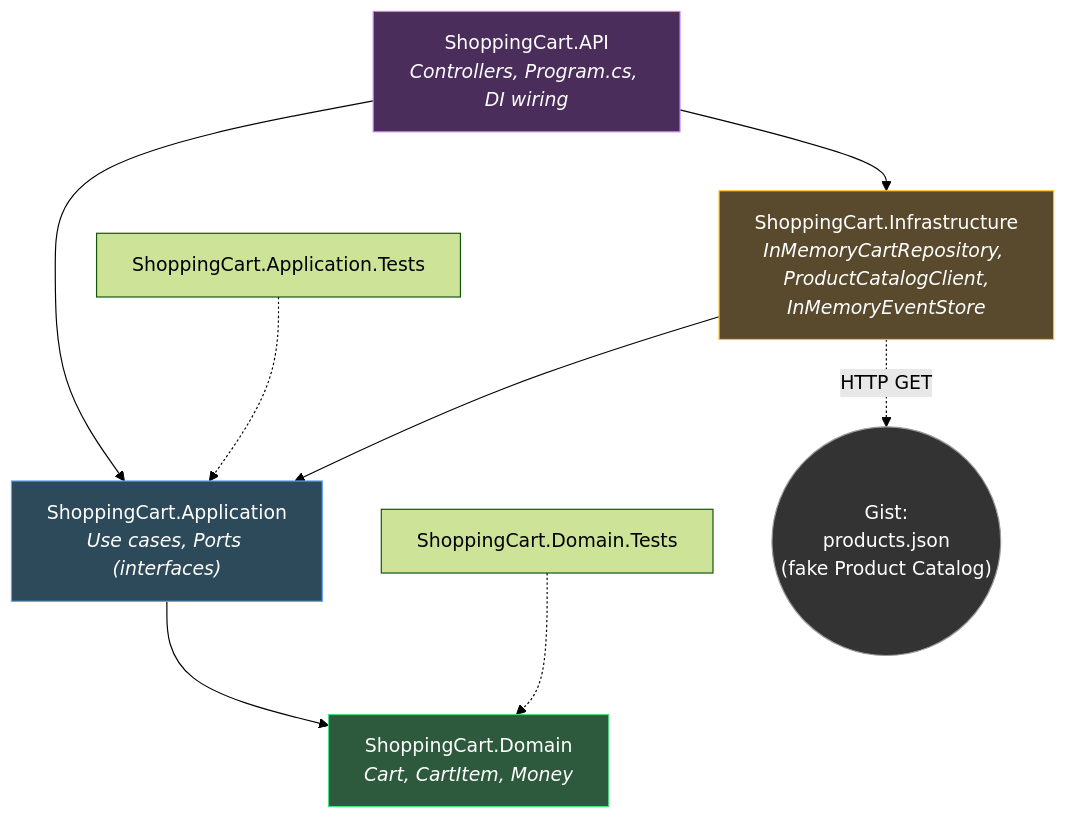
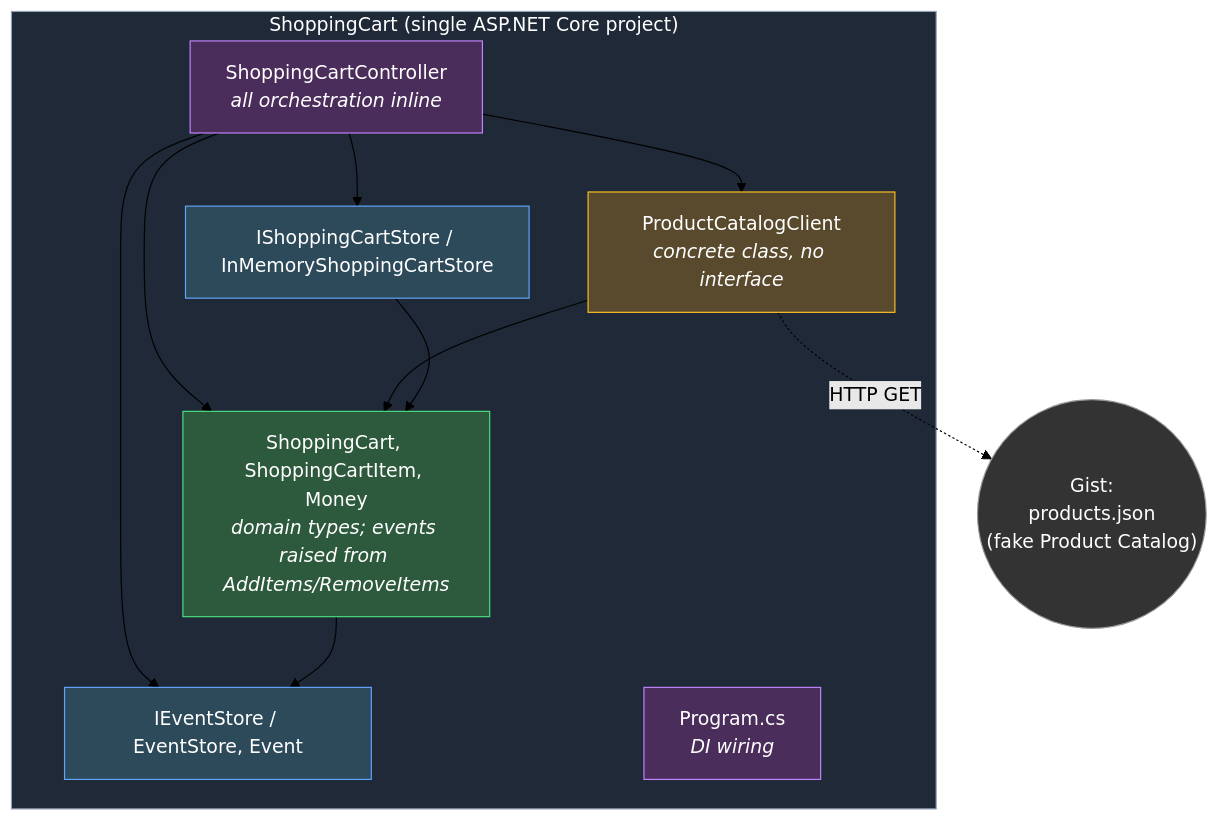
One commit to anit3k/diplom-storesys-shopping-cart changed the diagram in docs/package-diagram.md. Above: the diagram before and after it, drawn with Mermaid (forest theme). The commit also changed other lines of this file and 2 other files, not shown here.

Commit message:
Opdater README og diagrammer til flad struktur
Afspejler den flade single-project-struktur (bogens kap. 2) i dokumentationen:
- docs/package-diagram.md og docs/class-diagram.md omskrevet til ét projekt,
  domaeneklasse der selv udsender events, controller med inline-orkestrering
  og ProductCatalogClient uden interface.
- README.md: arkitekturafsnit, solution-struktur og run-kommando opdateret;
  ADR-tabellen rammesat som main-branchens (Clean Architecture) beslutninger.
- Tilfoejet AI-transparensafsnit i README om at refactoringen er lavet med
  Claude Code (Opus 4.8).

ADR-filerne er bevidst uaendrede - de dokumenterer main-branchens design og
udgoer "efter"-siden i foer/efter-sammenligningen.

````diff
--- a/docs/package-diagram.md
+++ b/docs/package-diagram.md
@@ -5,27 +13,31 @@
 ```mermaid
 graph TD
-    API["ShoppingCart.API<br/><i>Controllers, Program.cs, DI wiring</i>"]
-    Application["ShoppingCart.Application<br/><i>Use cases, Ports (interfaces)</i>"]
-    Domain["ShoppingCart.Domain<br/><i>Cart, CartItem, Money</i>"]
-    Infrastructure["ShoppingCart.Infrastructure<br/><i>InMemoryCartRepository, ProductCatalogClient,<br/>InMemoryEventStore</i>"]
+    subgraph Project["ShoppingCart (single ASP.NET Core project)"]
+        Controller["ShoppingCartController<br/><i>all orchestration inline</i>"]
+        Domain["ShoppingCart, ShoppingCartItem, Money<br/><i>domain types; events raised from AddItems/RemoveItems</i>"]
+        Store["IShoppingCartStore / InMemoryShoppingCartStore"]
+        Events["IEventStore / EventStore, Event"]
+        Catalog["ProductCatalogClient<br/><i>concrete class, no interface</i>"]
+        Program["Program.cs<br/><i>DI wiring</i>"]
 
-    API --> Application
-    API --> Infrastructure
-    Infrastructure --> Application
-    Application --> Domain
-
-    DomainTests["ShoppingCart.Domain.Tests"]
-    ApplicationTests["ShoppingCart.Application.Tests"]
-
-    DomainTests -.-> Domain
-    ApplicationTests -.-> Application
+        Controller --> Store
+        Controller --> Catalog
+        Controller --> Domain
+        Controller --> Events
+        Domain --> Events
+        Catalog --> Domain
+        Store --> Domain
+    end
 
     ExternalGist(("Gist:<br/>products.json<br/>(fake Product Catalog)"))
-    Infrastructure -.HTTP GET.-> ExternalGist
+    Catalog -.HTTP GET.-> ExternalGist
 
+    style Project fill:#1f2937,stroke:#94a3b8,color:#fff
     style Domain fill:#2d5a3d,stroke:#4ade80,color:#fff
-    style Application fill:#2d4a5a,stroke:#60a5fa,color:#fff
-    style Infrastructure fill:#5a4a2d,stroke:#fbbf24,color:#fff
-    style API fill:#4a2d5a,stroke:#c084fc,color:#fff
+    style Store fill:#2d4a5a,stroke:#60a5fa,color:#fff
+    style Events fill:#2d4a5a,stroke:#60a5fa,color:#fff
+    style Catalog fill:#5a4a2d,stroke:#fbbf24,color:#fff
+    style Controller fill:#4a2d5a,stroke:#c084fc,color:#fff
+    style Program fill:#4a2d5a,stroke:#c084fc,color:#fff
     style ExternalGist fill:#333,stroke:#999,color:#fff
 ```
````
